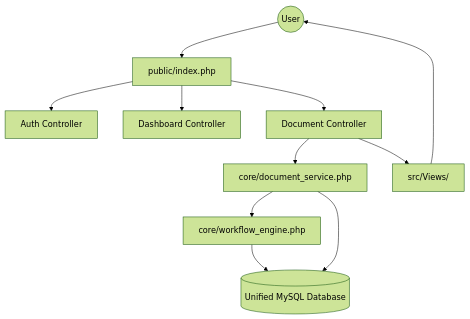
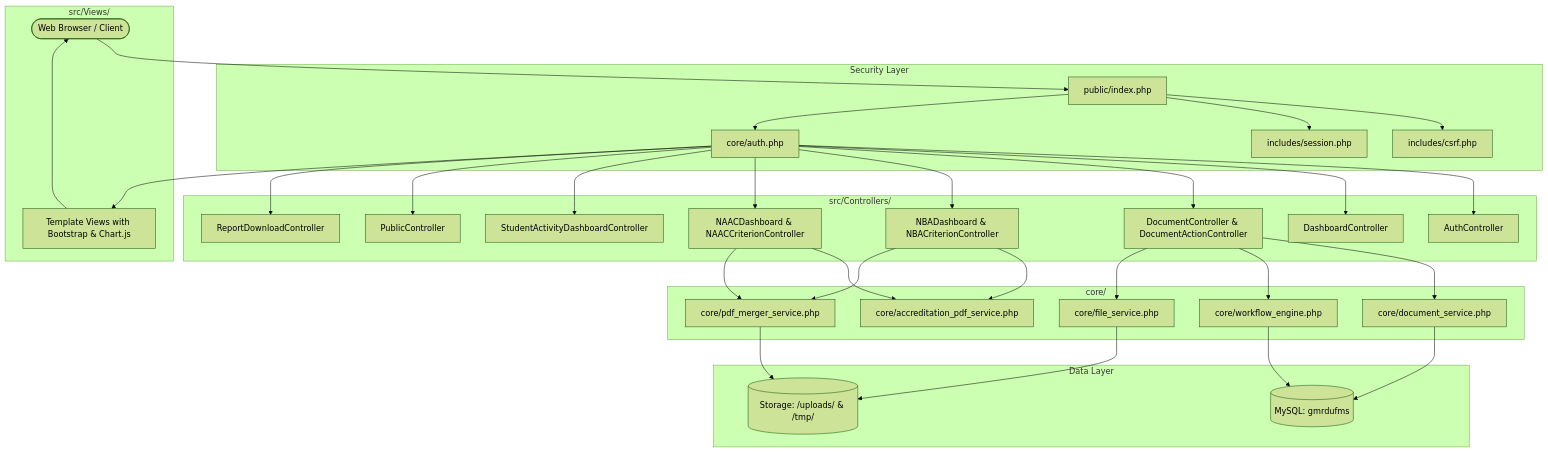
One commit to Karanam-Gowtham/FMS changed the first of 2 diagrams in README.md. Above: the diagram before and after it, drawn with Mermaid (forest theme). The commit also changed other lines of this file and 3 other files, not shown here.

````diff
--- a/README.md
+++ b/README.md
@@ -37,16 +54,39 @@
 ```mermaid
 graph TD
-    Client((User)) --> Router[public/index.php]
-    Router --> Auth[Auth Controller]
-    Router --> DashCtrl[Dashboard Controller]
-    Router --> DocCtrl[Document Controller]
+    Client([Web Browser / Client]) --> Router[public/index.php]
     
-    DocCtrl --> Service[core/document_service.php]
-    Service --> Workflow[core/workflow_engine.php]
-    
-    Workflow --> DB[(Unified MySQL Database)]
-    Service --> DB
-    
-    DocCtrl --> Views[src/Views/]
-    Views --> Client
+    subgraph Security Layer
+        Router --> CSRF[includes/csrf.php]
+        Router --> Session[includes/session.php]
+        Router --> AuthGuard[core/auth.php]
+    end
+
+    subgraph Controller Layer [src/Controllers/]
+        AuthGuard --> AuthCtrl[AuthController]
+        AuthGuard --> DashCtrl[DashboardController]
+        AuthGuard --> DocCtrl[DocumentController & DocumentActionController]
+        AuthGuard --> NBACtrl[NBADashboard & NBACriterionController]
+        AuthGuard --> NAACCtrl[NAACDashboard & NAACCriterionController]
+        AuthGuard --> SACtrl[StudentActivityDashboardController]
+        AuthGuard --> PubCtrl[PublicController]
+        AuthGuard --> RepCtrl[ReportDownloadController]
+    end
+
+    subgraph Service Layer [core/]
+        DocCtrl --> DocSvc[core/document_service.php]
+        DocCtrl --> WfEngine[core/workflow_engine.php]
+        DocCtrl --> FileSvc[core/file_service.php]
+        NBACtrl & NAACCtrl --> PdfSvc[core/accreditation_pdf_service.php]
+        NBACtrl & NAACCtrl --> MergeSvc[core/pdf_merger_service.php]
+    end
+
+    subgraph Data Layer
+        DocSvc & WfEngine --> DB[(MySQL: gmrdufms)]
+        FileSvc & MergeSvc --> Storage[(Storage: /uploads/ & /tmp/)]
+    end
+
+    subgraph Presentation [src/Views/]
+        AuthGuard --> Views[Template Views with Bootstrap & Chart.js]
+        Views --> Client
+    end
 ```
````
